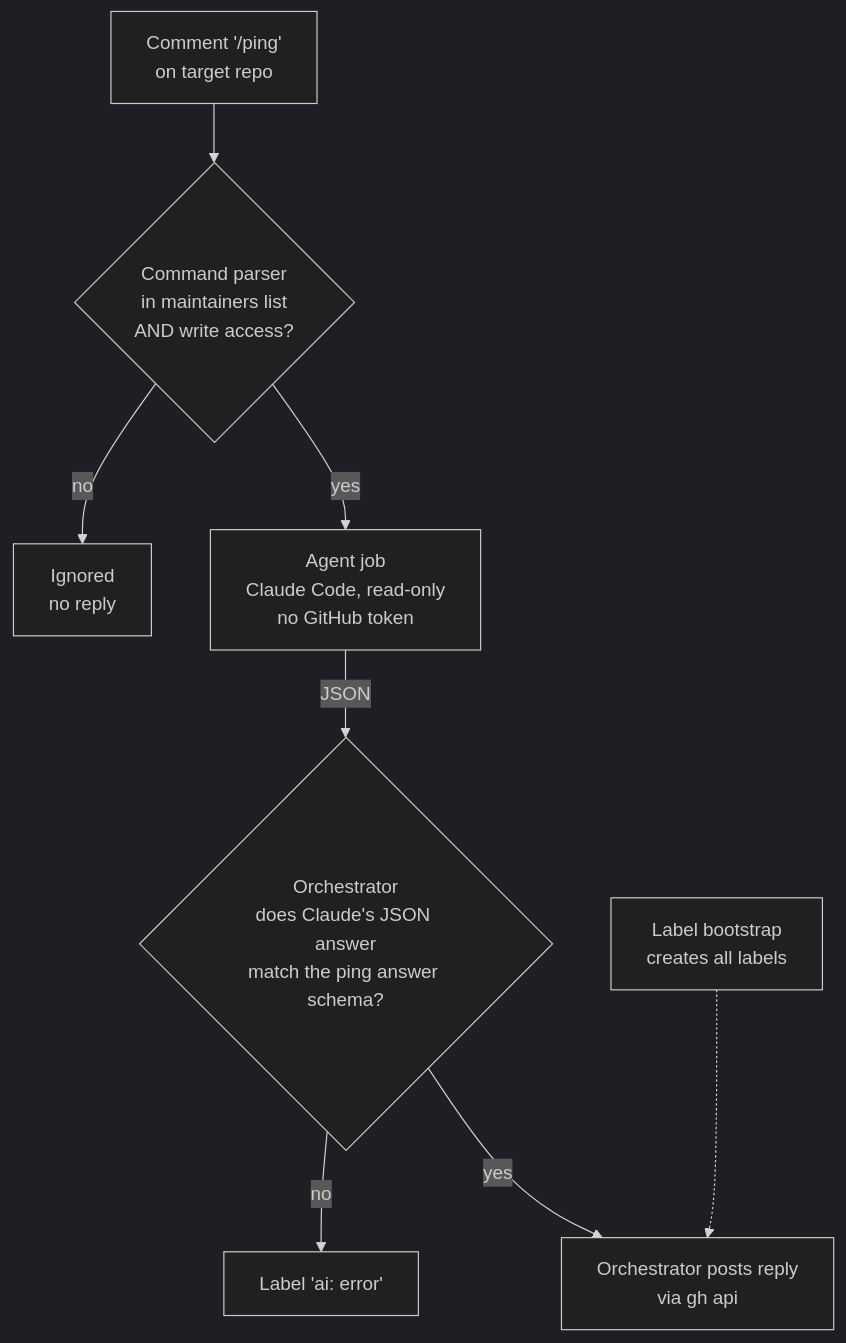
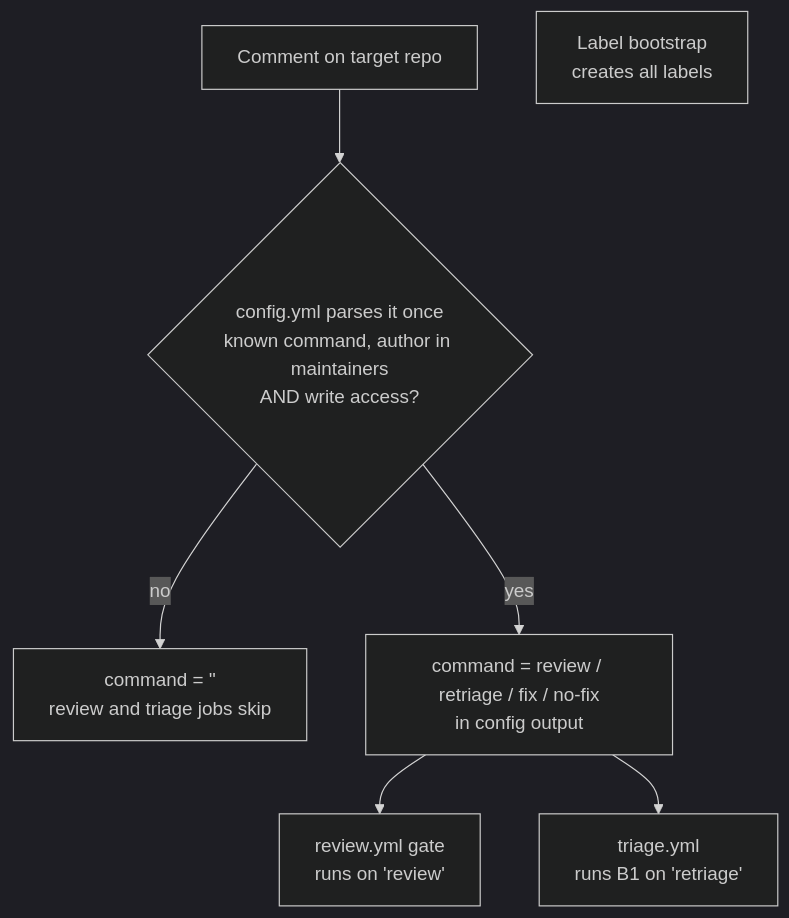
The second of 10 diagrams in docs/diagrams.md (esciara/ai-workflows), drawn with Mermaid (dark theme) before and after one commit. The commit also changed other lines of this file and 29 other files, not shown here.

First line of the commit message:
refactor: parse slash commands once in config.yml, drop /ping and commands.yml

````diff
--- a/docs/diagrams.md
+++ b/docs/diagrams.md
@@ -120,10 +120,9 @@
 ```mermaid
 flowchart TD
-  C["Comment '/ping'<br/>on target repo"] --> P{"Command parser<br/>in maintainers list<br/>AND write access?"}
-  P -- no --> I["Ignored<br/>no reply"]
-  P -- yes --> AG["Agent job<br/>Claude Code, read-only<br/>no GitHub token"]
-  AG -- JSON --> V{"Orchestrator<br/>does Claude's JSON answer<br/>match the ping answer schema?"}
-  V -- no --> E["Label 'ai: error'"]
-  V -- yes --> R["Orchestrator posts reply<br/>via gh api"]
-  L["Label bootstrap<br/>creates all labels"] -.-> R
+  C["Comment on target repo"] --> P{"config.yml parses it once<br/>known command, author in maintainers<br/>AND write access?"}
+  P -- no --> I["command = ''<br/>review and triage jobs skip"]
+  P -- yes --> O["command = review / retriage / fix / no-fix<br/>in config output"]
+  O --> RV["review.yml gate<br/>runs on 'review'"]
+  O --> TR["triage.yml<br/>runs B1 on 'retriage'"]
+  L["Label bootstrap<br/>creates all labels"]
 ```
````
